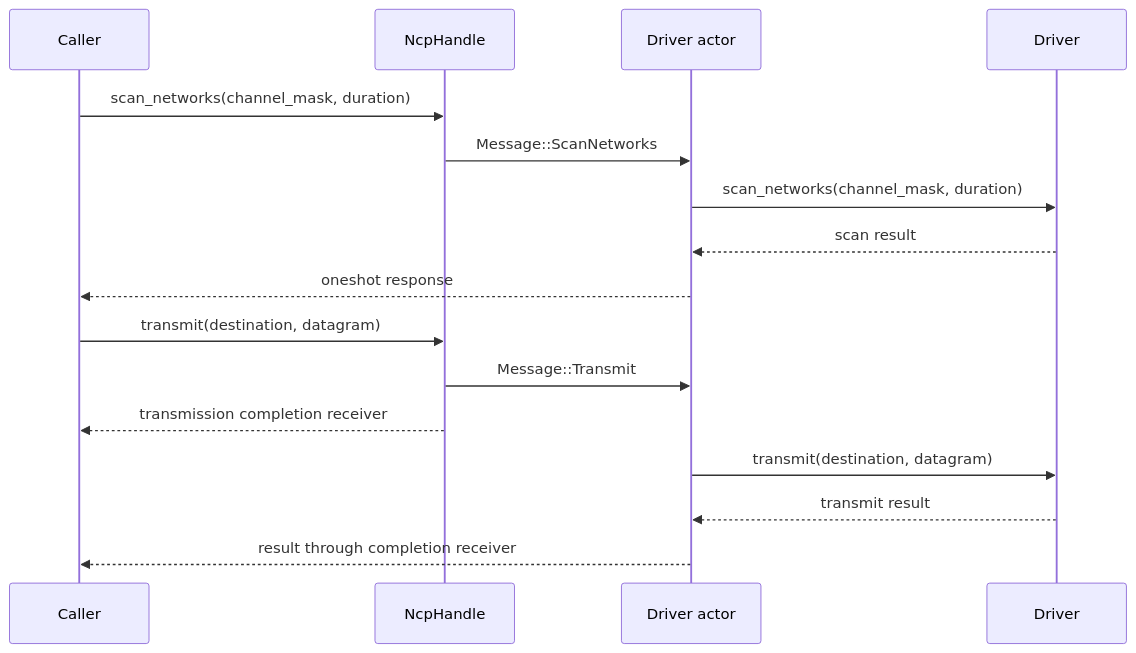
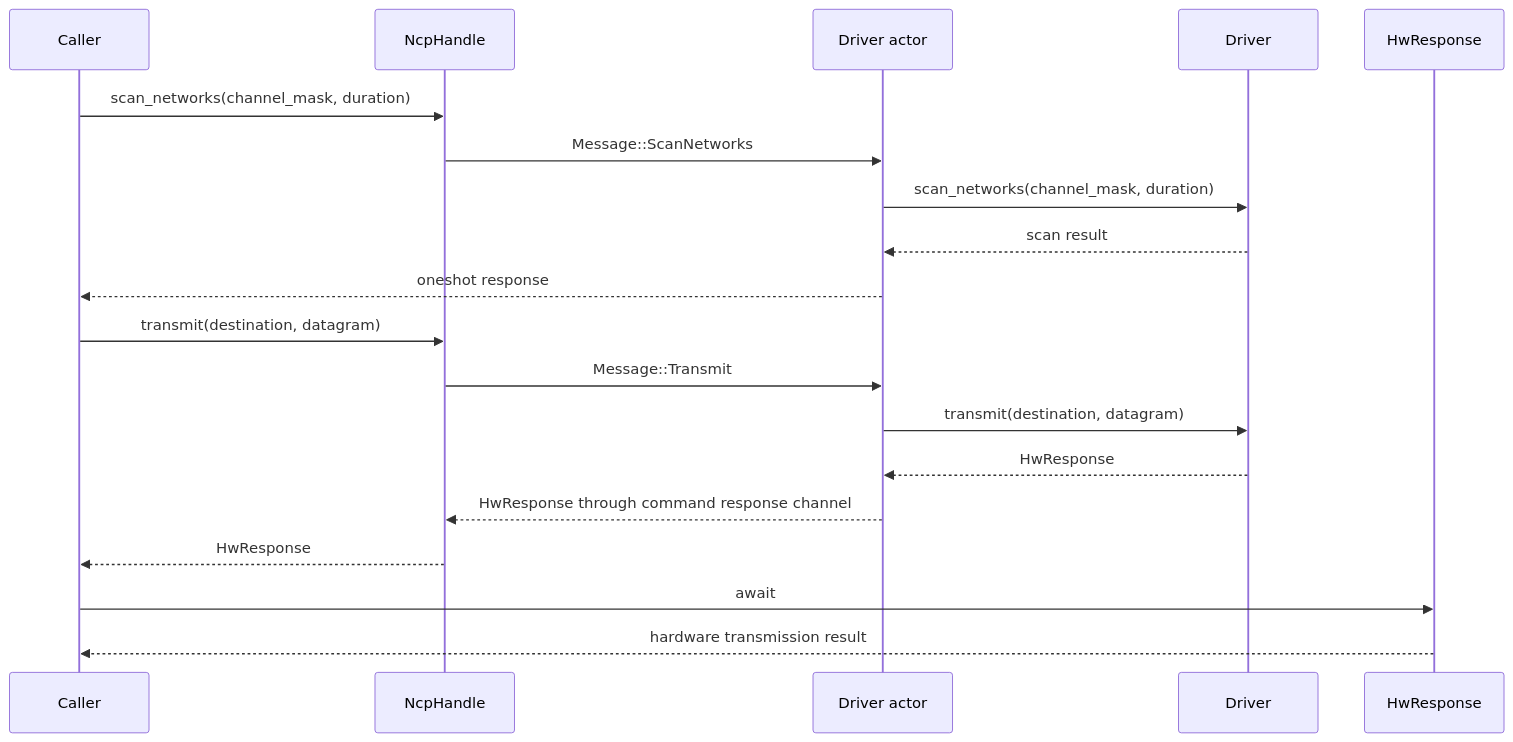
One commit to PaulmannLighting/apis-saltans changed the third of 4 diagrams in hw/ARCHITECTURE.md. Above: the diagram before and after it, drawn with Mermaid. The commit also changed other lines of this file and 21 other files, not shown here.

````diff
--- a/hw/ARCHITECTURE.md
+++ b/hw/ARCHITECTURE.md
@@ -170,20 +179,23 @@
 ```mermaid
 sequenceDiagram
     participant C as Caller;
     participant H as NcpHandle;
     participant A as Driver actor;
     participant D as Driver;
+    participant R as HwResponse;
 
     C->>H: scan_networks(channel_mask, duration);
     H->>A: Message::ScanNetworks;
     A->>D: scan_networks(channel_mask, duration);
     D-->>A: scan result;
     A-->>C: oneshot response;
 
     C->>H: transmit(destination, datagram);
     H->>A: Message::Transmit;
-    H-->>C: transmission completion receiver;
     A->>D: transmit(destination, datagram);
-    D-->>A: transmit result;
-    A-->>C: result through completion receiver;
+    D-->>A: HwResponse;
+    A-->>H: HwResponse through command response channel;
+    H-->>C: HwResponse;
+    C->>R: await;
+    R-->>C: hardware transmission result;
 ```
````
